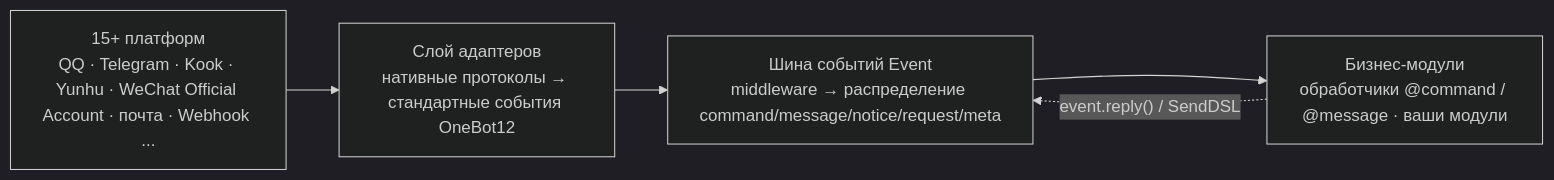
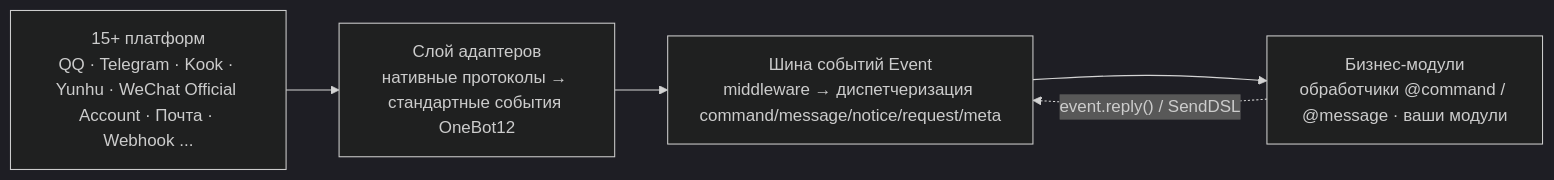
The first of 2 diagrams in README.ru.md (ErisPulse/ErisPulse), drawn with Mermaid (dark theme) before and after one commit. The commit also changed other lines of this file and 7 other files, not shown here.

````diff
--- a/README.ru.md
+++ b/README.ru.md
@@ -113,9 +113,9 @@
 ```mermaid
 graph LR
-    P["15+ платформ<br/>QQ · Telegram · Kook · Yunhu · WeChat Official Account · почта · Webhook ..."]
+    P["15+ платформ<br/>QQ · Telegram · Kook · Yunhu · WeChat Official Account · Почта · Webhook ..."]
     A["Слой адаптеров<br/>нативные протоколы → стандартные события OneBot12"]
-    Event["Шина событий Event<br/>middleware → распределение command/message/notice/request/meta"]
+    Event["Шина событий Event<br/>middleware → диспетчеризация command/message/notice/request/meta"]
     M["Бизнес-модули<br/>обработчики @command / @message · ваши модули"]
     P --> A --> Event --> M
     M -.->|"event.reply() / SendDSL"| Event
 ```
````
